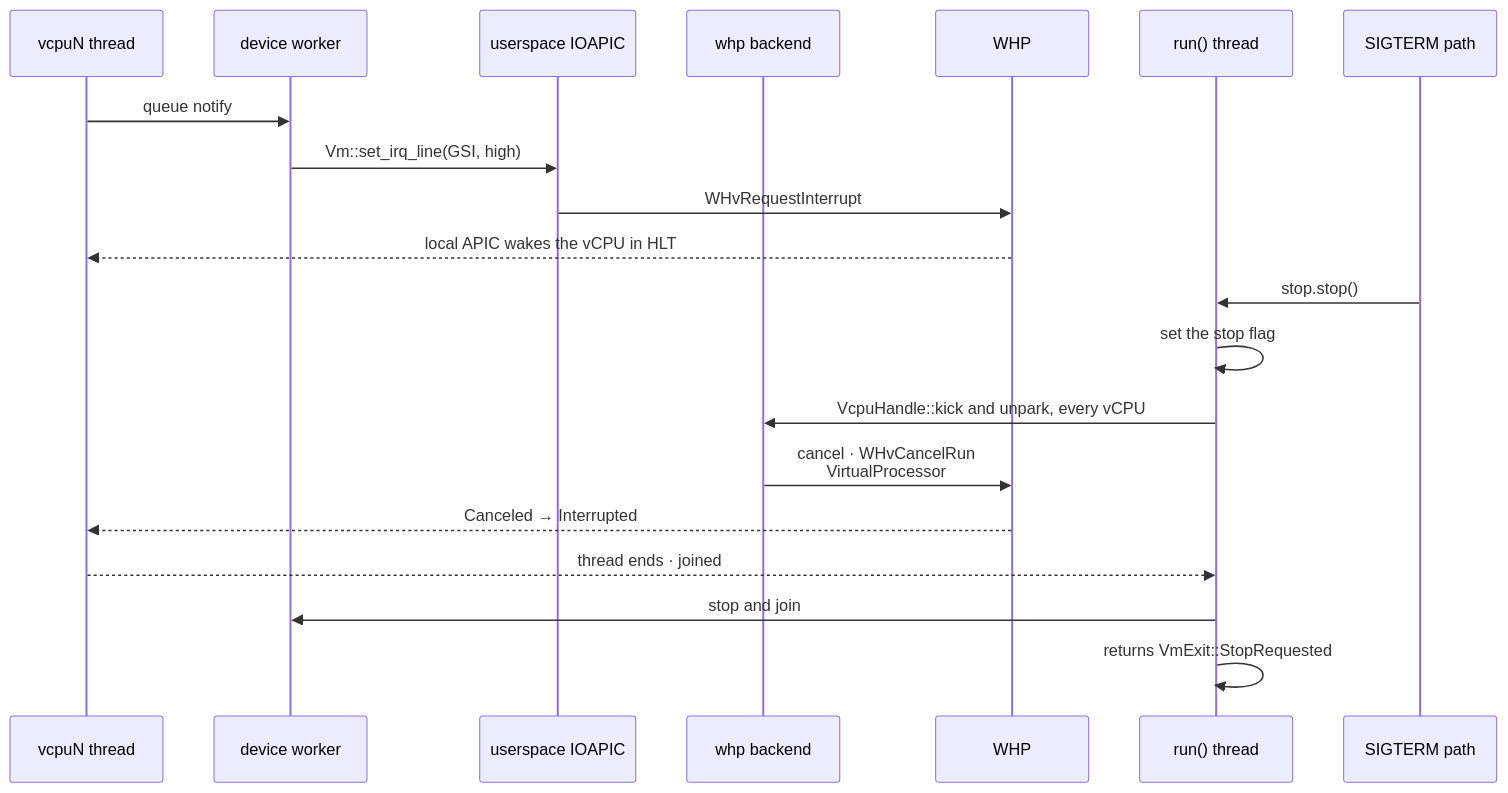
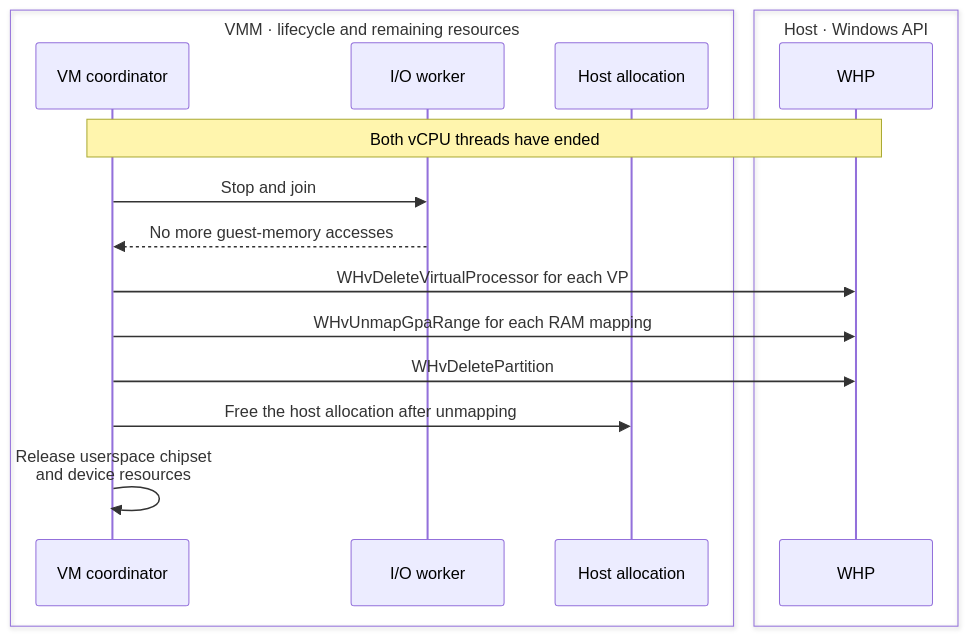
Before and after one commit to boxlite-ai/boxlite: diagram 12 of 12 in docs/architecture/vmm/whp.md, drawn with Mermaid. The commit also changed other lines of this file and 3 other files, not shown here.

````diff
--- a/docs/architecture/vmm/whp.md
+++ b/docs/architecture/vmm/whp.md
@@ -239,34 +339,26 @@
 ```mermaid
 sequenceDiagram
-  participant vcpu as vcpuN thread
-  participant worker as device worker
-  participant irqchip as userspace IOAPIC
-  participant backend as whp backend
-  participant whp as WHP
-  participant runner as run() thread
-  participant shim as SIGTERM path
-  %% edge:i_notify
-  vcpu->>worker: queue notify
-  %% edge:i_set_line
-  worker->>irqchip: Vm::set_irq_line(GSI, high)
-  %% edge:i_request
-  irqchip->>whp: WHvRequestInterrupt
-  %% edge:i_wake
-  whp-->>vcpu: local APIC wakes the vCPU in HLT
-  %% edge:i_stop
-  shim->>runner: stop.stop()
-  %% edge:i_flag
-  runner->>runner: set the stop flag
-  %% edge:i_kick
-  runner->>backend: VcpuHandle::kick and unpark, every vCPU
-  %% edge:i_cancel
-  backend->>whp: cancel · WHvCancelRun<br/>VirtualProcessor
-  %% edge:i_canceled
-  whp-->>vcpu: Canceled → Interrupted
-  %% edge:i_join
-  vcpu-->>runner: thread ends · joined
-  %% edge:i_workers
-  runner->>worker: stop and join
-  %% edge:i_return
-  runner->>runner: returns VmExit::StopRequested
+  box VMM · lifecycle and remaining resources
+    participant coordinator as VM coordinator
+    participant worker as I/O worker
+    participant backing as Host allocation
+  end
+  box Host · Windows API
+    participant host_api as WHP
+  end
+  Note over coordinator,host_api: Both vCPU threads have ended
+  %% edge:whp_13_e1
+  coordinator->>worker: Stop and join
+  %% edge:whp_13_e2
+  worker-->>coordinator: No more guest-memory accesses
+  %% edge:whp_13_e3
+  coordinator->>host_api: WHvDeleteVirtualProcessor for each VP
+  %% edge:whp_13_e4
+  coordinator->>host_api: WHvUnmapGpaRange for each RAM mapping
+  %% edge:whp_13_e5
+  coordinator->>host_api: WHvDeletePartition
+  %% edge:whp_13_e6
+  coordinator->>backing: Free the host allocation after unmapping
+  %% edge:whp_13_e7
+  coordinator->>coordinator: Release userspace chipset<br/>and device resources
 ```
````
